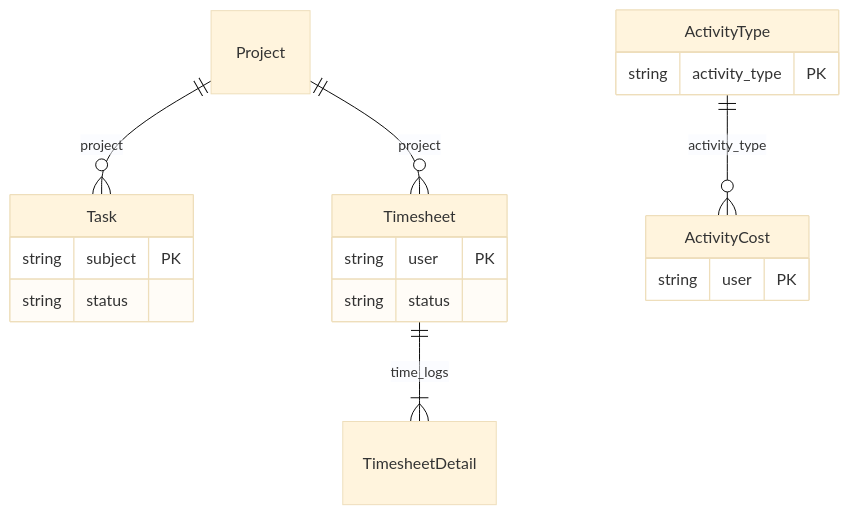
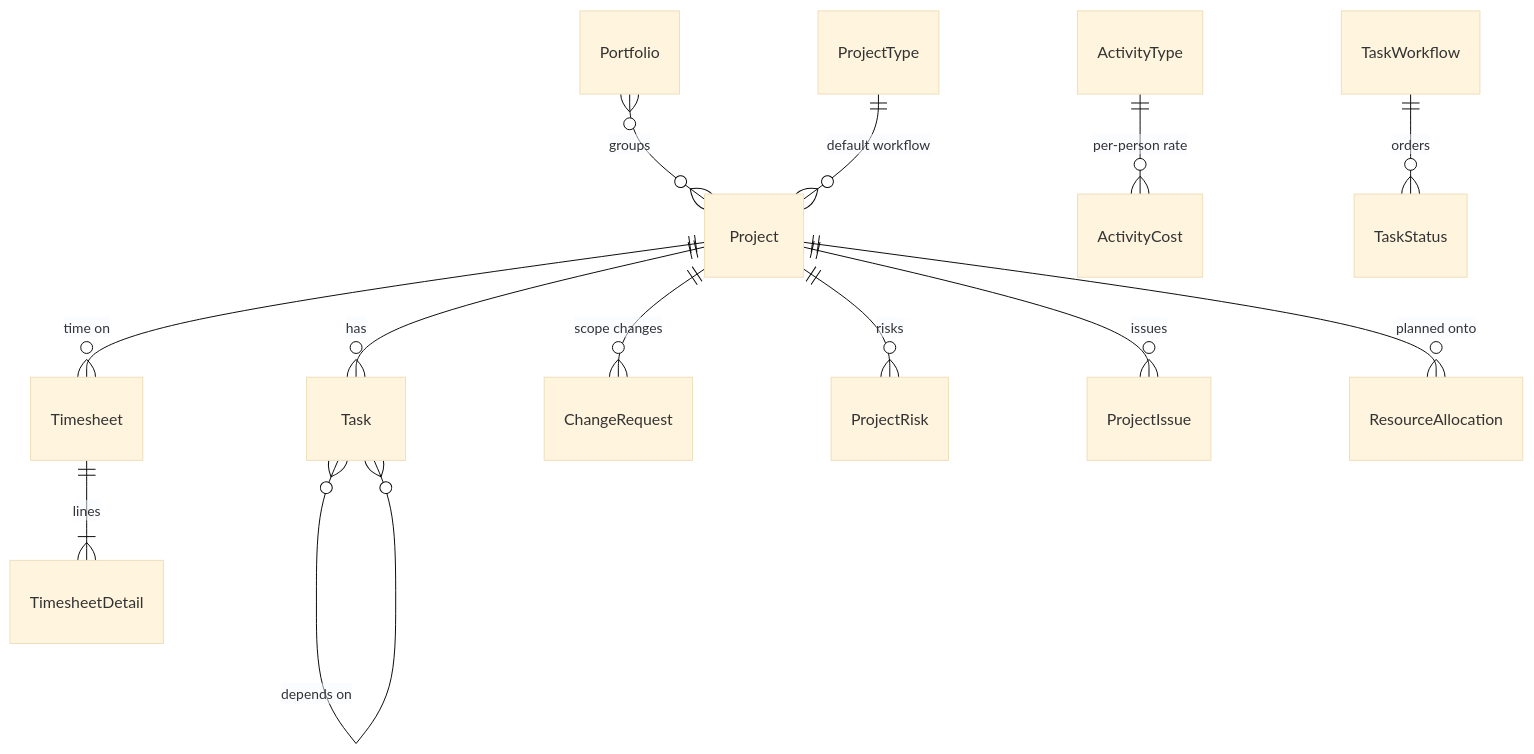
The third of 3 diagrams in README.md (CBFerrum/ferrum-app-projects), drawn with Mermaid (base theme) before and after one commit. The commit also changed other lines of this file and 28 other files, not shown here.

First line of the commit message:
docs: end-to-end README with screenshots, features, comparison and roadmap

````diff
--- a/README.md
+++ b/README.md
@@ -154,21 +301,16 @@
 ```mermaid
 erDiagram
-    Task {
-        string subject PK
-        string status
-    }
-    Timesheet {
-        string user PK
-        string status
-    }
-    ActivityType {
-        string activity_type PK
-    }
-    ActivityCost {
-        string user PK
-    }
-    Project ||--o{ Task : "project"
-    Project ||--o{ Timesheet : "project"
-    Timesheet ||--|{ TimesheetDetail : "time_logs"
-    ActivityType ||--o{ ActivityCost : "activity_type"
+    Project ||--o{ Task : has
+    Project ||--o{ Timesheet : "time on"
+    Task ||--o{ Task : "sub-tasks"
+    Task }o--o{ Task : "depends on"
+    Timesheet ||--|{ TimesheetDetail : lines
+    ActivityType ||--o{ ActivityCost : "per-person rate"
+    Project ||--o{ ChangeRequest : "scope changes"
+    Project ||--o{ ProjectRisk : risks
+    Project ||--o{ ProjectIssue : issues
+    Project ||--o{ ResourceAllocation : "planned onto"
+    Portfolio }o--o{ Project : groups
+    TaskWorkflow ||--o{ TaskStatus : orders
+    ProjectType ||--o{ Project : "default workflow"
 ```
````
